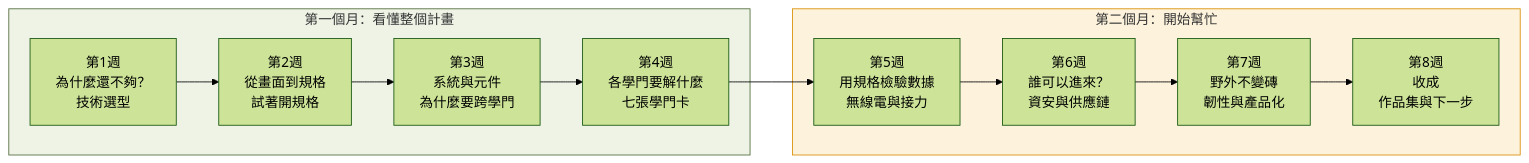
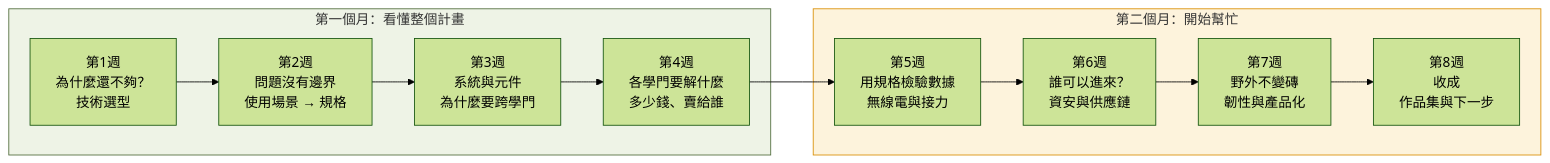
The first of 2 diagrams in docs/curriculum/README.md (winson3QQ/Batman), drawn with Mermaid (forest theme) before and after one commit. The commit also changed other lines of this file and 4 other files, not shown here.

````diff
--- a/docs/curriculum/README.md
+++ b/docs/curriculum/README.md
@@ -27,16 +27,16 @@
 ```mermaid
 flowchart LR
   subgraph M1[第一個月：看懂整個計畫]
-    W1[第1週<br/>為什麼還不夠？<br/>技術選型] --> W2[第2週<br/>從畫面到規格<br/>試著開規格]
+    W1[第1週<br/>為什麼還不夠？<br/>技術選型] --> W2[第2週<br/>問題沒有邊界<br/>使用場景 → 規格]
     W2 --> W3[第3週<br/>系統與元件<br/>為什麼要跨學門]
-    W3 --> W4[第4週<br/>各學門要解什麼<br/>七張學門卡]
+    W3 --> W4[第4週<br/>各學門要解什麼<br/>多少錢、賣給誰]
   end
   subgraph M2[第二個月：開始幫忙]
     W5[第5週<br/>用規格檢驗數據<br/>無線電與接力] --> W6[第6週<br/>誰可以進來？<br/>資安與供應鏈]
     W6 --> W7[第7週<br/>野外不變磚<br/>韌性與產品化]
     W7 --> W8[第8週<br/>收成<br/>作品集與下一步]
   end
   W4 --> W5
   style M1 fill:#eef3e6,stroke:#4f6b3a
   style M2 fill:#fdf3dc,stroke:#d98e04
 ```
````
